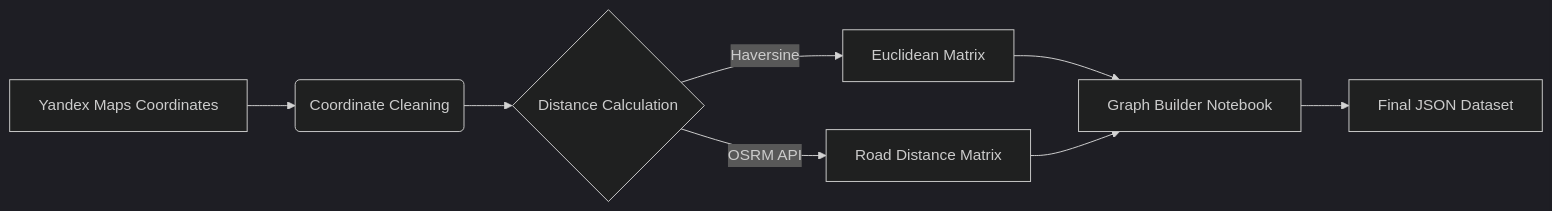
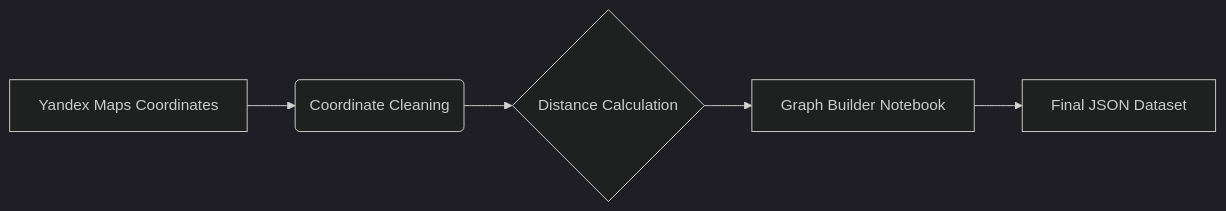
Before and after one commit to LowIQCoder/NIC_Project: the diagram in README.md, drawn with Mermaid (dark theme). The commit also changed other lines of this file, not shown here.

````diff
--- a/README.md
+++ b/README.md
@@ -57,9 +56,7 @@
 ```mermaid
 graph LR
 A[Yandex Maps Coordinates] --> B(Coordinate Cleaning)
-B --> C{Distance Calculation}
-C -->|Haversine| D[Euclidean Matrix]
-C -->|OSRM API| E[Road Distance Matrix]
-D & E --> F[Graph Builder Notebook]
+B --> D{Distance Calculation}
+D --> F[Graph Builder Notebook]
 F --> G[Final JSON Dataset]
 ```
````
